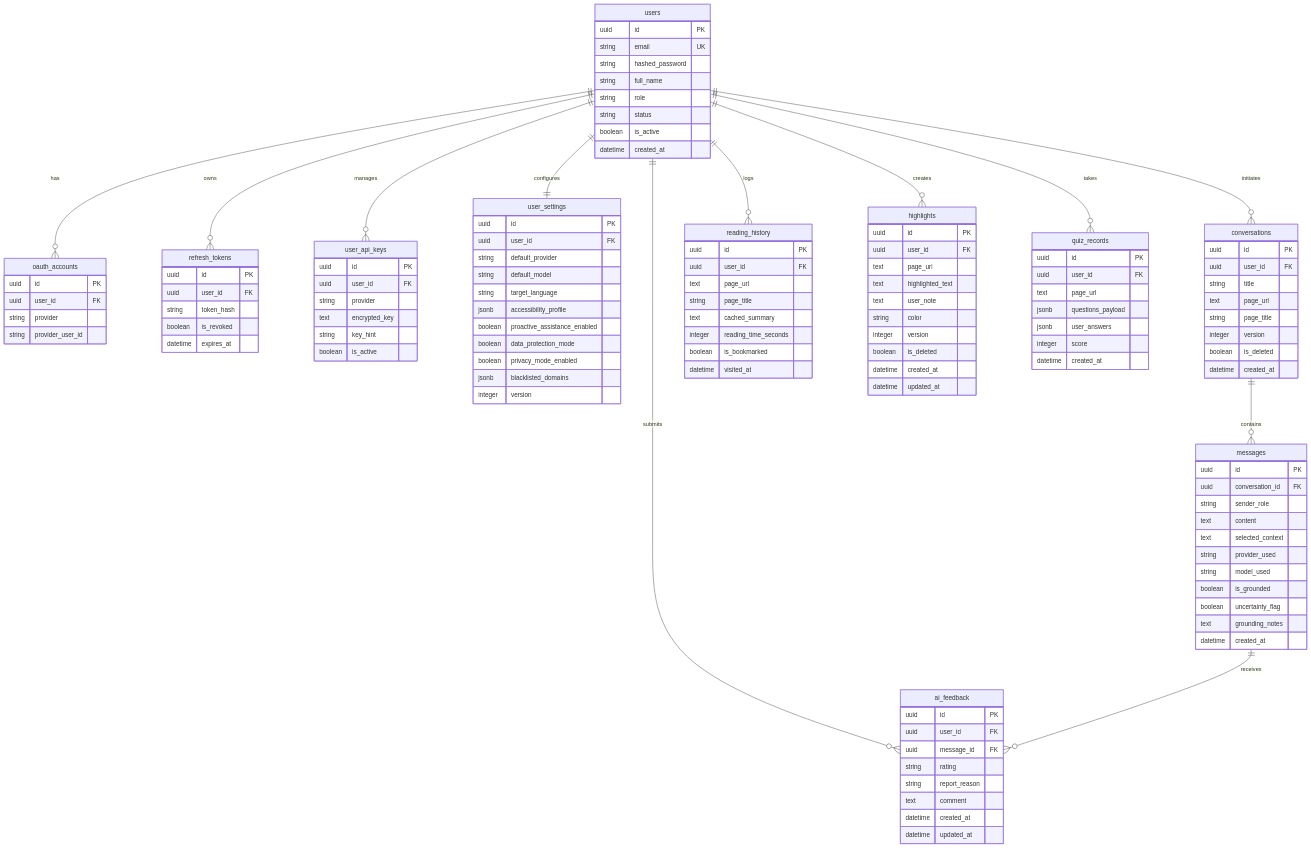
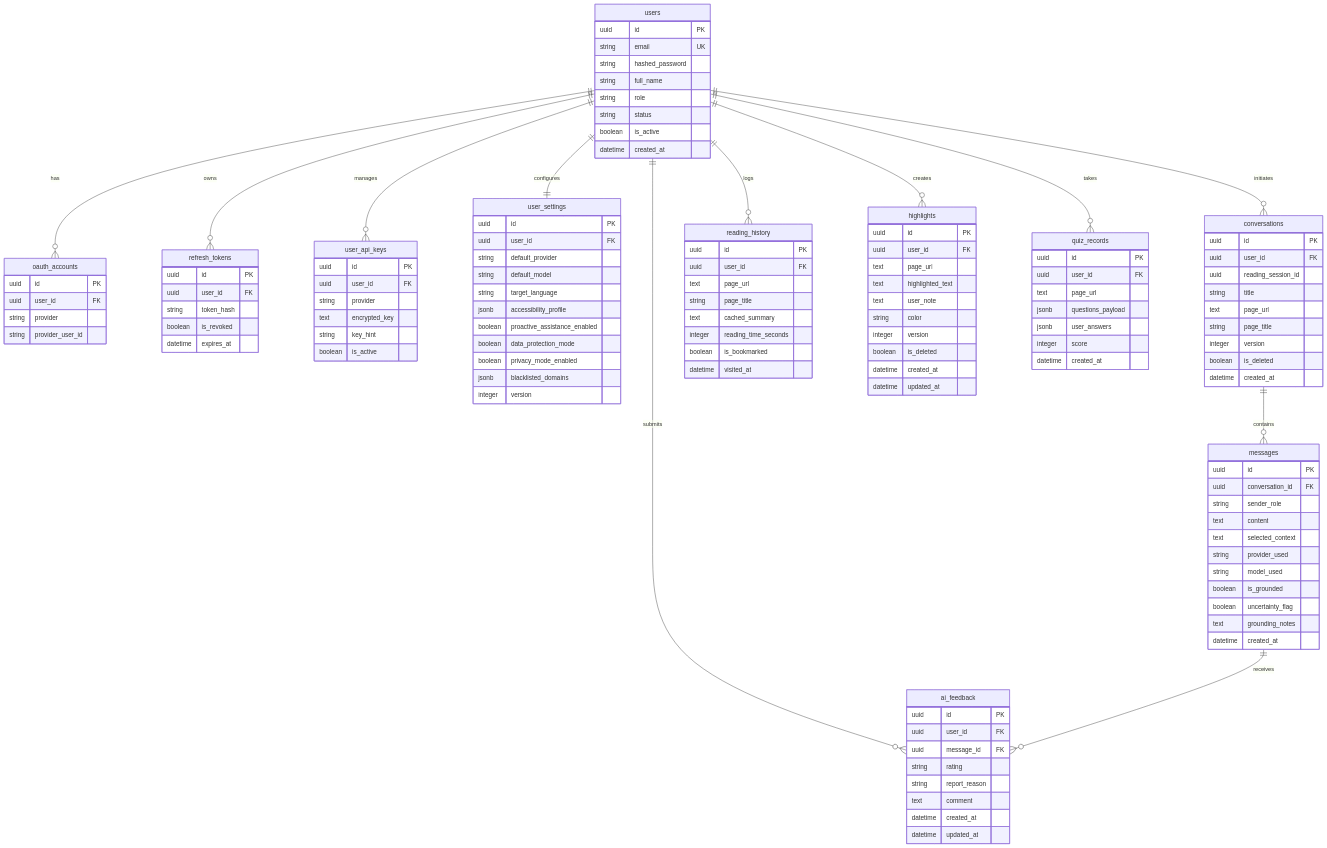
Before and after one commit to Read-iculous/ReadHead-BE: the diagram in .docs/database/relationships.md, drawn with Mermaid. The commit also changed 14 other files, not shown here.

```diff
--- a/.docs/database/relationships.md
+++ b/.docs/database/relationships.md
@@ -69,6 +69,7 @@
     conversations {
         uuid id PK
         uuid user_id FK
+        uuid reading_session_id
         string title
         text page_url
         string page_title
```
